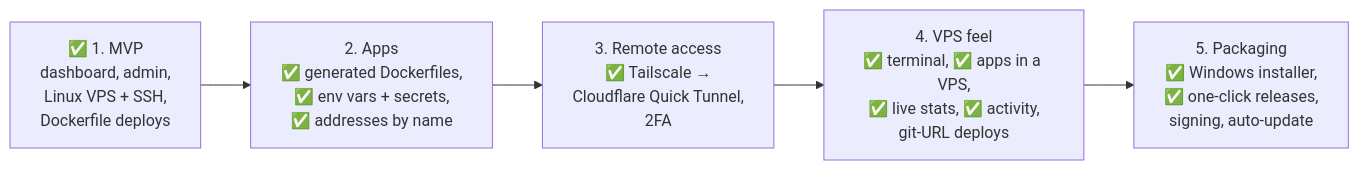
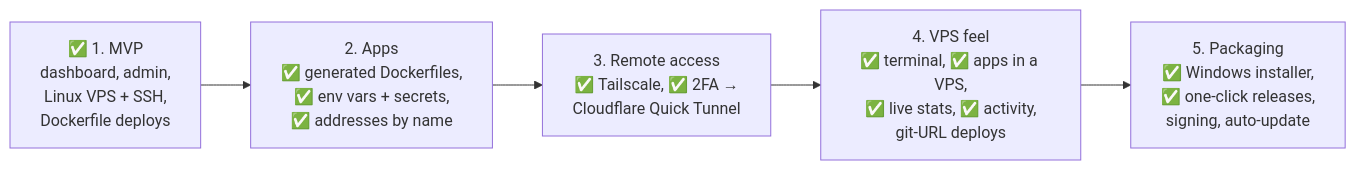
Before and after one commit to AbrarDW/lps: diagram 11 of 11 in README.md, drawn with Mermaid. The commit also changed other lines of this file and 17 other files, not shown here.

````diff
--- a/README.md
+++ b/README.md
@@ -438,9 +452,9 @@
 ```mermaid
 flowchart LR
     m1["✅ 1. MVP<br/>dashboard, admin,<br/>Linux VPS + SSH,<br/>Dockerfile deploys"]
     m2["2. Apps<br/>✅ generated Dockerfiles,<br/>✅ env vars + secrets,<br/>✅ addresses by name"]
-    m3["3. Remote access<br/>✅ Tailscale →<br/>Cloudflare Quick Tunnel,<br/>2FA"]
+    m3["3. Remote access<br/>✅ Tailscale, ✅ 2FA →<br/>Cloudflare Quick Tunnel"]
     m4["4. VPS feel<br/>✅ terminal, ✅ apps in a VPS,<br/>✅ live stats, ✅ activity,<br/>git-URL deploys"]
     m5["5. Packaging<br/>✅ Windows installer,<br/>✅ one-click releases,<br/>signing, auto-update"]
     m1 --> m2 --> m3 --> m4 --> m5
 ```
````
